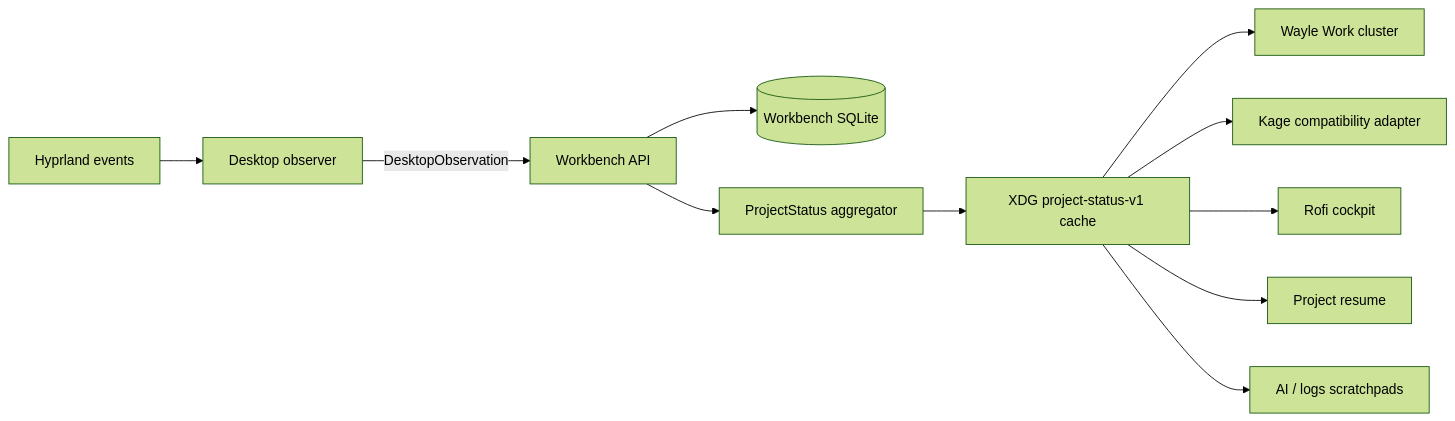
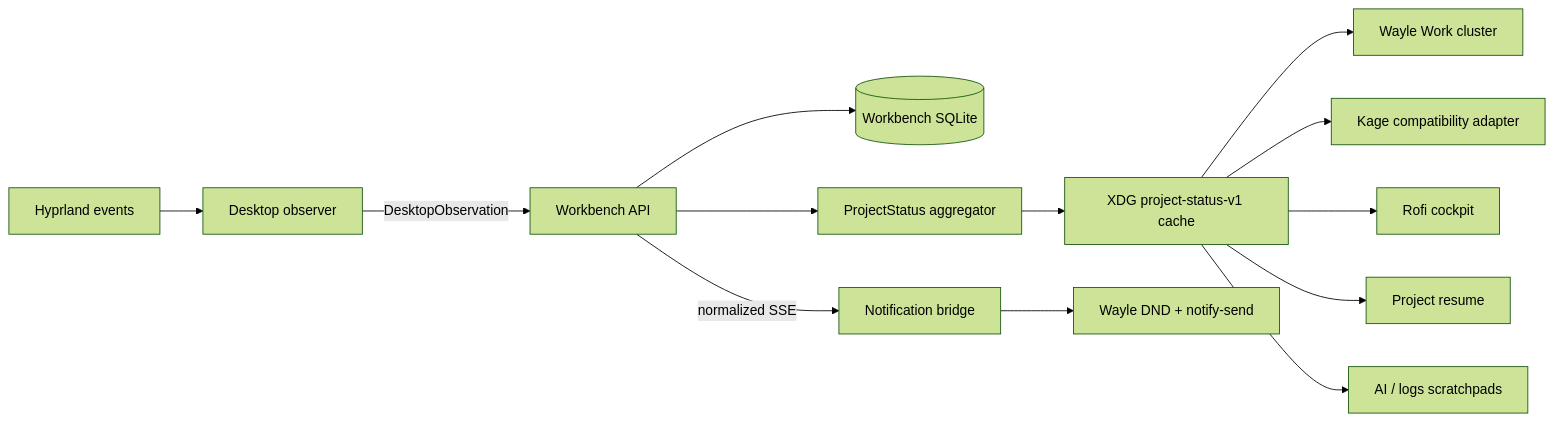
Before and after one commit to namikofficial/dotfiles: the diagram in docs/AI_WORKBENCH_DESKTOP.md, drawn with Mermaid (forest theme). The commit also changed other lines of this file and 5 other files, not shown here.

Commit message:
feat: add ai-workbench notification bridge and related configurations

````diff
--- a/docs/AI_WORKBENCH_DESKTOP.md
+++ b/docs/AI_WORKBENCH_DESKTOP.md
@@ -7,13 +7,15 @@
 ```mermaid
 flowchart LR
   Hypr[Hyprland events] --> Observer[Desktop observer]
   Observer -->|DesktopObservation| API[Workbench API]
   API --> DB[(Workbench SQLite)]
   API --> Status[ProjectStatus aggregator]
   Status --> Cache[XDG project-status-v1 cache]
   Cache --> Work[Wayle Work cluster]
   Cache --> Kage[Kage compatibility adapter]
   Cache --> Rofi[Rofi cockpit]
   Cache --> Resume[Project resume]
   Cache --> Scratch[AI / logs scratchpads]
+  API -->|normalized SSE| Notify[Notification bridge]
+  Notify --> DesktopNotify[Wayle DND + notify-send]
 ```
````
